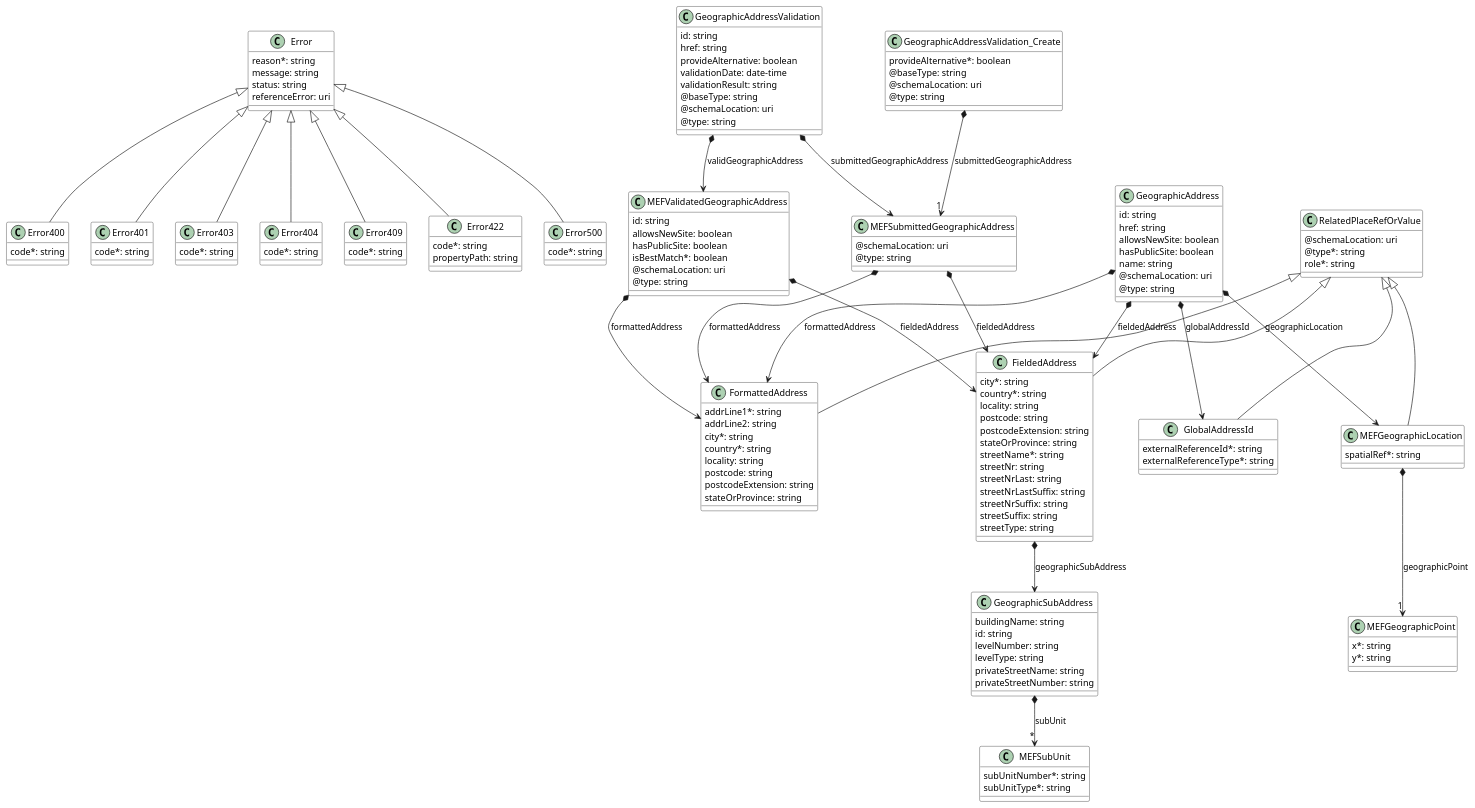
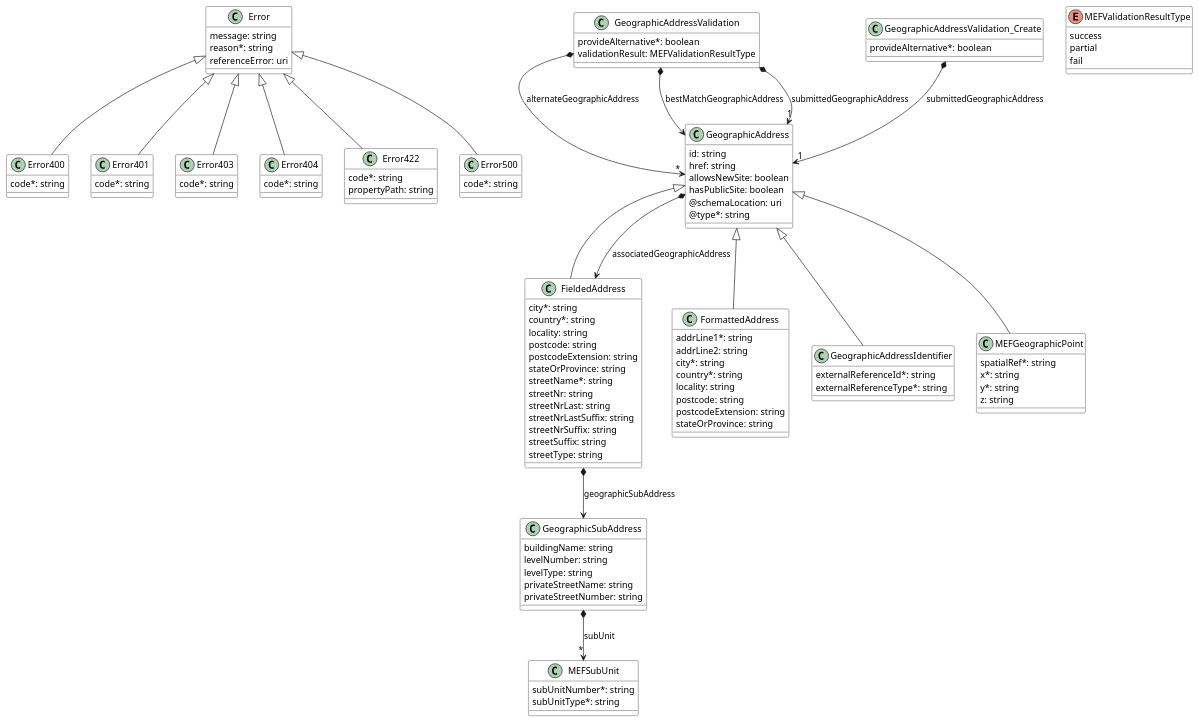
The diagram in doc/uml/geographicAddressManagement.api.puml (MEF-GIT/MEF-LSO-Sonata-SDK), drawn with PlantUML before and after one commit. The commit also changed 293 other files, not shown here.

```diff
--- a/doc/uml/geographicAddressManagement.api.puml
+++ b/doc/uml/geographicAddressManagement.api.puml
@@ -36,14 +36,6 @@
 
 
 
-class Error409 {
-
-    code*: string 
-}
-Error <|-- Error409
-
-
-
 class Error422 {
 
     code*: string 
@@ -63,9 +55,8 @@
 
 class Error {
 
+    message: string 
     reason*: string 
-    message: string 
-    status: string 
     referenceError: uri 
 }
 
@@ -87,7 +78,7 @@
     streetSuffix: string 
     streetType: string 
 }
-RelatedPlaceRefOrValue <|-- FieldedAddress
+GeographicAddress <|-- FieldedAddress
 
 FieldedAddress *--> GeographicSubAddress : geographicSubAddress
 
@@ -103,7 +94,16 @@
     postcodeExtension: string 
     stateOrProvince: string 
 }
-RelatedPlaceRefOrValue <|-- FormattedAddress
+GeographicAddress <|-- FormattedAddress
+
+
+
+class GeographicAddressIdentifier {
+
+    externalReferenceId*: string 
+    externalReferenceType*: string 
+}
+GeographicAddress <|-- GeographicAddressIdentifier
 
 
 
@@ -113,48 +113,35 @@
     href: string 
     allowsNewSite: boolean 
     hasPublicSite: boolean 
-    name: string 
     @schemaLocation: uri 
-    @type: string 
+    @type*: string 
 }
 
-GeographicAddress *--> FieldedAddress : fieldedAddress
-GeographicAddress *--> FormattedAddress : formattedAddress
-GeographicAddress *--> MEFGeographicLocation : geographicLocation
-GeographicAddress *--> GlobalAddressId : globalAddressId
+GeographicAddress *--> FieldedAddress : associatedGeographicAddress
 
 
 class GeographicAddressValidation {
 
-    id: string 
-    href: string 
-    provideAlternative: boolean 
-    validationDate: date-time 
-    validationResult: string 
-    @baseType: string 
-    @schemaLocation: uri 
-    @type: string 
+    provideAlternative*: boolean 
+    validationResult: MEFValidationResultType 
 }
 
-GeographicAddressValidation *--> MEFSubmittedGeographicAddress : submittedGeographicAddress
-GeographicAddressValidation *--> MEFValidatedGeographicAddress : validGeographicAddress
+GeographicAddressValidation *-->"*" GeographicAddress : alternateGeographicAddress
+GeographicAddressValidation *--> GeographicAddress : bestMatchGeographicAddress
+GeographicAddressValidation *-->"1" GeographicAddress : submittedGeographicAddress
 
 
 class GeographicAddressValidation_Create {
 
     provideAlternative*: boolean 
-    @baseType: string 
-    @schemaLocation: uri 
-    @type: string 
 }
 
-GeographicAddressValidation_Create *-->"1" MEFSubmittedGeographicAddress : submittedGeographicAddress
+GeographicAddressValidation_Create *-->"1" GeographicAddress : submittedGeographicAddress
 
 
 class GeographicSubAddress {
 
     buildingName: string 
-    id: string 
     levelNumber: string 
     levelType: string 
     privateStreetName: string 
@@ -164,29 +151,14 @@
 GeographicSubAddress *-->"*" MEFSubUnit : subUnit
 
 
-class GlobalAddressId {
-
-    externalReferenceId*: string 
-    externalReferenceType*: string 
-}
-RelatedPlaceRefOrValue <|-- GlobalAddressId
-
-
-
-class MEFGeographicLocation {
+class MEFGeographicPoint {
 
     spatialRef*: string 
-}
-RelatedPlaceRefOrValue <|-- MEFGeographicLocation
-
-MEFGeographicLocation *-->"1" MEFGeographicPoint : geographicPoint
-
-
-class MEFGeographicPoint {
-
     x*: string 
     y*: string 
+    z: string 
 }
+GeographicAddress <|-- MEFGeographicPoint
 
 
 
@@ -198,37 +170,10 @@
 
 
 
-class MEFSubmittedGeographicAddress {
+enum MEFValidationResultType {
 
-    @schemaLocation: uri 
-    @type: string 
+    success
+    partial
+    fail
 }
-
-MEFSubmittedGeographicAddress *--> FieldedAddress : fieldedAddress
-MEFSubmittedGeographicAddress *--> FormattedAddress : formattedAddress
-
-
-class MEFValidatedGeographicAddress {
-
-    id: string 
-    allowsNewSite: boolean 
-    hasPublicSite: boolean 
-    isBestMatch*: boolean 
-    @schemaLocation: uri 
-    @type: string 
-}
-
-MEFValidatedGeographicAddress *--> FieldedAddress : fieldedAddress
-MEFValidatedGeographicAddress *--> FormattedAddress : formattedAddress
-
-
-class RelatedPlaceRefOrValue {
-
-    @schemaLocation: uri 
-    @type*: string 
-    role*: string 
-}
-
-
-
 @enduml
```
